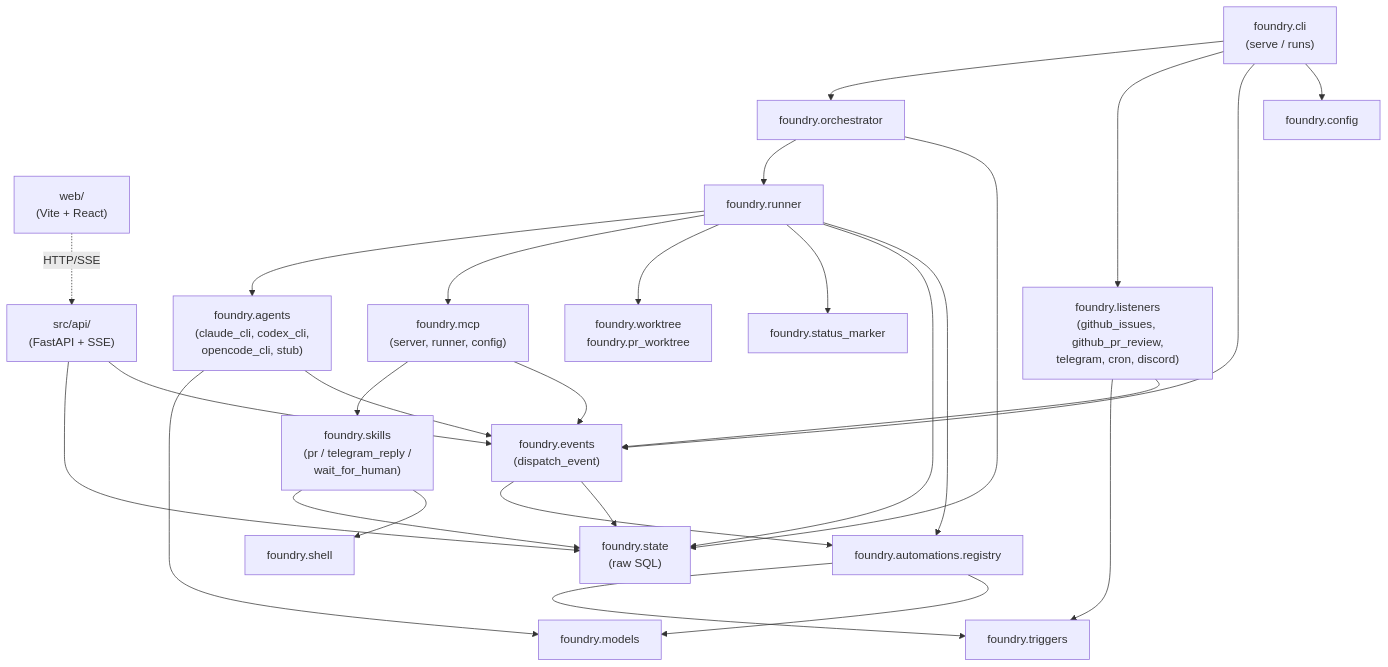
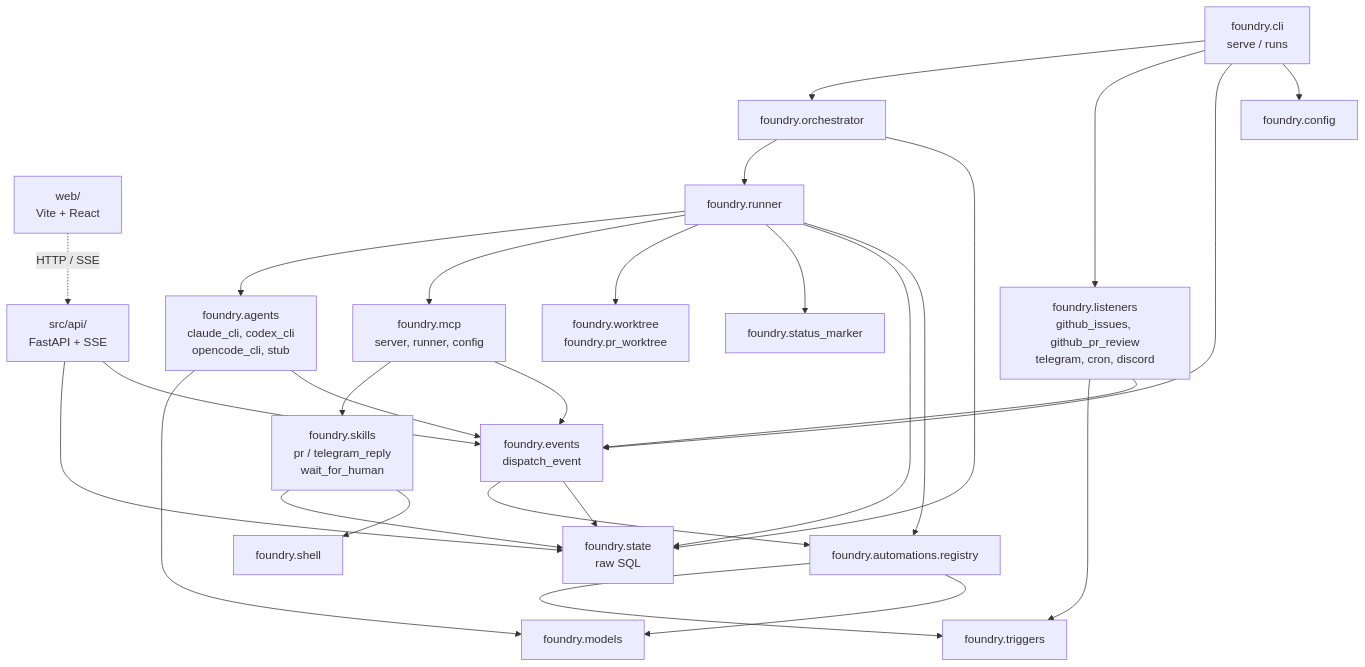
One commit to podlodka-ai-club/the-foundry changed the second of 3 diagrams in docs/architecture/overview.md. Above: the diagram before and after it, drawn with Mermaid. The commit also changed other lines of this file, not shown here.

Commit message:
fix(docs): mermaid синтаксис — убрать shape у subgraph + эскейпы в stateDiagram

````diff
--- a/docs/architecture/overview.md
+++ b/docs/architecture/overview.md
@@ -108,61 +108,62 @@
 ```mermaid
 flowchart TD
-    cli["foundry.cli<br/>(serve / runs)"]
-    api["src/api/<br/>(FastAPI + SSE)"]
-    web["web/<br/>(Vite + React)"]
+    cli["foundry.cli<br/>serve / runs"]
+    api["src/api/<br/>FastAPI + SSE"]
+    web["web/<br/>Vite + React"]
 
     orch["foundry.orchestrator"]
     runner["foundry.runner"]
-    events["foundry.events<br/>(dispatch_event)"]
-    state["foundry.state<br/>(raw SQL)"]
+    events["foundry.events<br/>dispatch_event"]
+    state_mod["foundry.state<br/>raw SQL"]
 
-    listeners["foundry.listeners<br/>(github_issues, github_pr_review,<br/>telegram, cron, discord)"]
-    triggers["foundry.triggers"]
-    automations["foundry.automations.registry"]
+    listeners_mod["foundry.listeners<br/>github_issues, github_pr_review<br/>telegram, cron, discord"]
+    triggers_mod["foundry.triggers"]
+    automations_mod["foundry.automations.registry"]
 
-    agents["foundry.agents<br/>(claude_cli, codex_cli,<br/>opencode_cli, stub)"]
-    skills["foundry.skills<br/>(pr / telegram_reply /<br/>wait_for_human)"]
-    mcp["foundry.mcp<br/>(server, runner, config)"]
+    agents_mod["foundry.agents<br/>claude_cli, codex_cli<br/>opencode_cli, stub"]
+    skills_mod["foundry.skills<br/>pr / telegram_reply<br/>wait_for_human"]
+    mcp_mod["foundry.mcp<br/>server, runner, config"]
 
     workspace["foundry.worktree<br/>foundry.pr_worktree"]
-    status["foundry.status_marker"]
-    config["foundry.config"]
-    models["foundry.models"]
+    status_mod["foundry.status_marker"]
+    config_mod["foundry.config"]
+    models_mod["foundry.models"]
+    shell_mod["foundry.shell"]
 
     cli --> orch
-    cli --> listeners
+    cli --> listeners_mod
     cli --> events
-    cli --> config
+    cli --> config_mod
 
-    api --> state
+    api --> state_mod
     api --> events
-    web -.HTTP/SSE.-> api
+    web -.HTTP / SSE.-> api
 
     orch --> runner
-    orch --> state
+    orch --> state_mod
 
-    runner --> agents
-    runner --> mcp
+    runner --> agents_mod
+    runner --> mcp_mod
     runner --> workspace
-    runner --> status
-    runner --> state
-    runner --> automations
+    runner --> status_mod
+    runner --> state_mod
+    runner --> automations_mod
 
-    listeners --> triggers
-    listeners --> events
+    listeners_mod --> triggers_mod
+    listeners_mod --> events
 
-    events --> automations
-    events --> state
+    events --> automations_mod
+    events --> state_mod
 
-    automations --> triggers
-    automations --> models
+    automations_mod --> triggers_mod
+    automations_mod --> models_mod
 
-    agents --> models
-    agents --> events
+    agents_mod --> models_mod
+    agents_mod --> events
 
-    skills --> state
-    skills --> shell["foundry.shell"]
+    skills_mod --> state_mod
+    skills_mod --> shell_mod
 
-    mcp --> skills
-    mcp --> events
+    mcp_mod --> skills_mod
+    mcp_mod --> events
 ```
````
